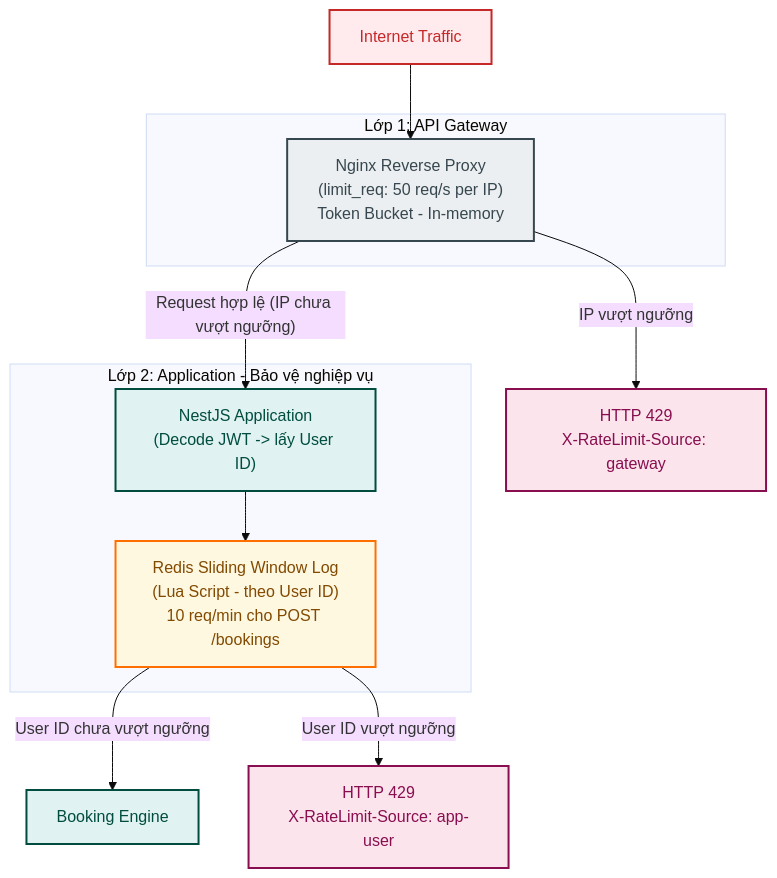
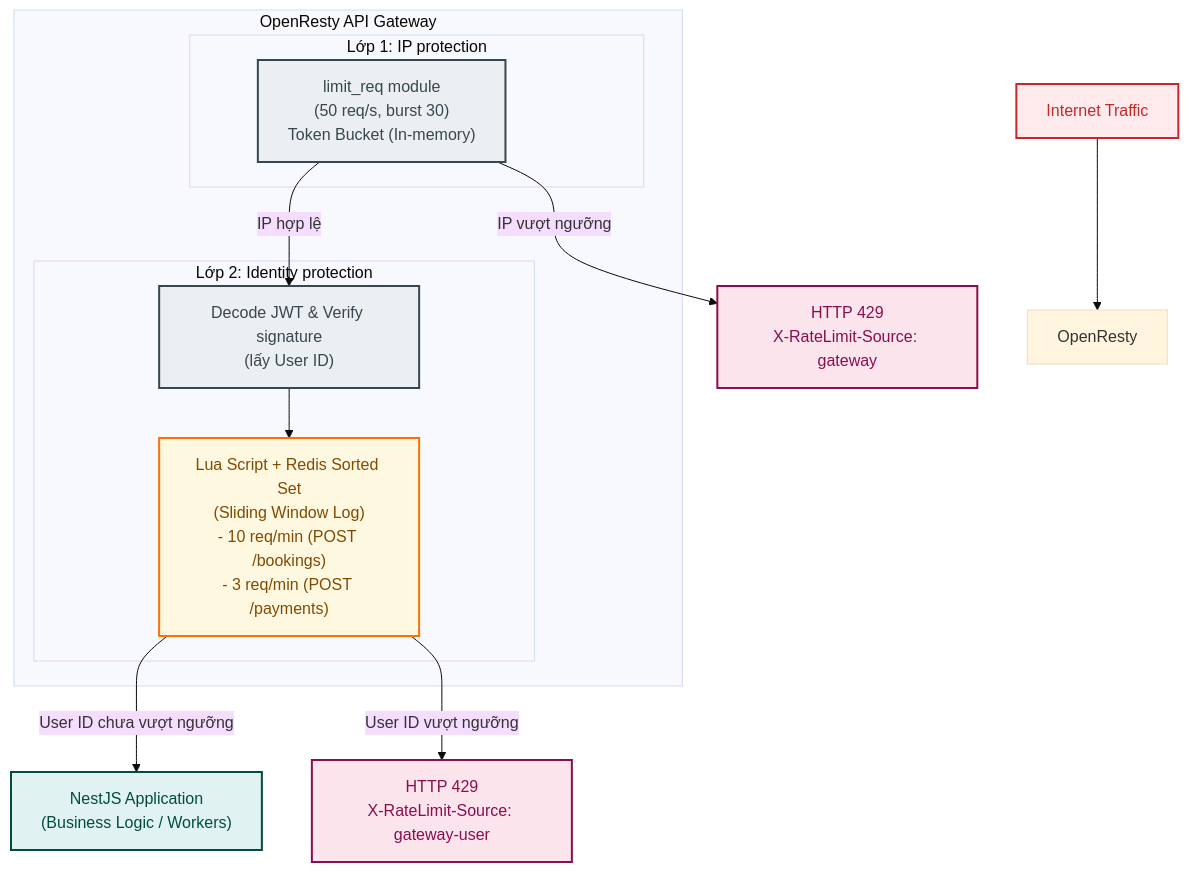
The sixth of 15 diagrams in docs/blueprint/design.md (thuytranj/TicketBox), drawn with Mermaid (base theme) before and after one commit. The commit also changed other lines of this file, not shown here.

````diff
--- a/docs/blueprint/design.md
+++ b/docs/blueprint/design.md
@@ -1029,27 +1040,29 @@
 ```mermaid
 flowchart TD
     classDef internet fill:#ffebee,stroke:#c62828,stroke-width:2px,color:#c62828;
     classDef gateway fill:#eceff1,stroke:#37474f,stroke-width:2px,color:#37474f;
     classDef app fill:#e0f2f1,stroke:#004d40,stroke-width:2px,color:#004d40;
     classDef db fill:#fff8e1,stroke:#ff6f00,stroke-width:2px,color:#824a00;
     classDef reject fill:#fce4ec,stroke:#880e4f,stroke-width:2px,color:#880e4f;
 
     Internet["Internet Traffic"]:::internet
-    Internet --> Nginx
+    Internet --> OpenResty
 
-    subgraph Layer1["Lớp 1: API Gateway"]
-        Nginx["Nginx Reverse Proxy<br/>(limit_req: 50 req/s per IP)<br/>Token Bucket - In-memory"]:::gateway
+    subgraph OpenRestyGateway["OpenResty API Gateway"]
+        subgraph Layer1["Lớp 1: IP protection"]
+            IPLimit["limit_req module<br/>(50 req/s, burst 30)<br/>Token Bucket (In-memory)"]:::gateway
+        end
+        
+        subgraph Layer2["Lớp 2: Identity protection"]
+            DecodeJWT["Decode JWT & Verify signature<br/>(lấy User ID)"]:::gateway
+            SlidingWindow["Lua Script + Redis Sorted Set<br/>(Sliding Window Log)<br/>- 10 req/min (POST /bookings)<br/>- 3 req/min (POST /payments)"]:::db
+        end
     end
 
-    Nginx -->|"Request hợp lệ (IP chưa vượt ngưỡng)"| NestJS
-    Nginx -->|"IP vượt ngưỡng"| Reject1["HTTP 429<br/>X-RateLimit-Source: gateway"]:::reject
-
-    subgraph Layer2["Lớp 2: Application - Bảo vệ nghiệp vụ"]
-        NestJS["NestJS Application<br/>(Decode JWT -> lấy User ID)"]:::app
-        SlidingWindow["Redis Sliding Window Log<br/>(Lua Script - theo User ID)<br/>10 req/min cho POST /bookings"]:::db
-    end
-
-    NestJS --> SlidingWindow
-    SlidingWindow -->|"User ID chưa vượt ngưỡng"| BookingEngine["Booking Engine"]:::app
-    SlidingWindow -->|"User ID vượt ngưỡng"| Reject2["HTTP 429<br/>X-RateLimit-Source: app-user"]:::reject
+    IPLimit -->|"IP hợp lệ"| DecodeJWT
+    IPLimit -->|"IP vượt ngưỡng"| Reject1["HTTP 429<br/>X-RateLimit-Source: gateway"]:::reject
+    
+    DecodeJWT --> SlidingWindow
+    SlidingWindow -->|"User ID chưa vượt ngưỡng"| NestJS["NestJS Application<br/>(Business Logic / Workers)"]:::app
+    SlidingWindow -->|"User ID vượt ngưỡng"| Reject2["HTTP 429<br/>X-RateLimit-Source: gateway-user"]:::reject
 ```
````
